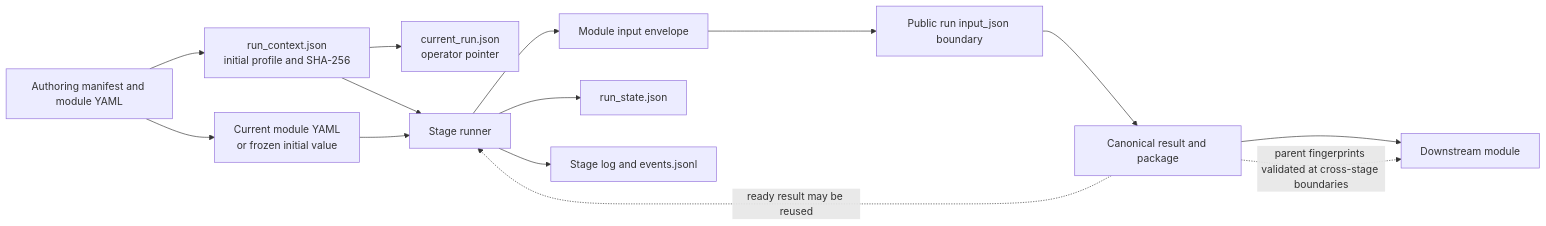
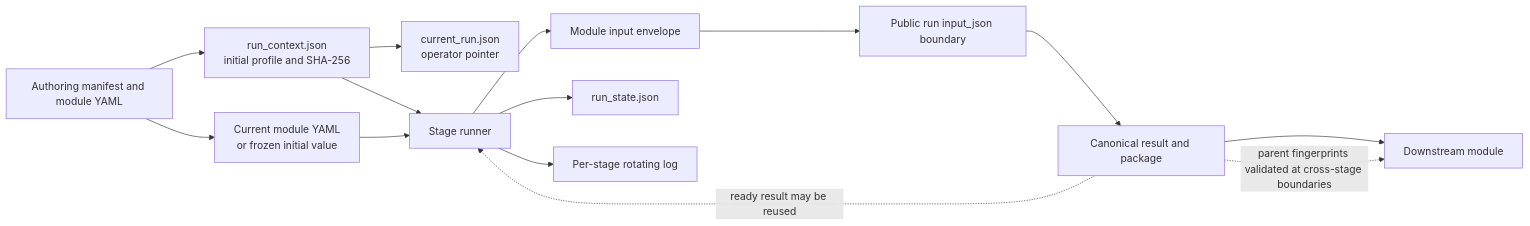
The seventh of 7 diagrams in docs/current_system_architecture.md (Eswar021/ai-news-pipeline), drawn with Mermaid before and after one commit. The commit also changed other lines of this file and 173 other files, not shown here.

````diff
--- a/docs/current_system_architecture.md
+++ b/docs/current_system_architecture.md
@@ -424,24 +441,24 @@
 ```mermaid
 flowchart LR
     yaml[Authoring manifest and module YAML]
     context[run_context.json<br/>initial profile and SHA-256]
     moduleConfig[Current module YAML<br/>or frozen initial value]
     current[current_run.json<br/>operator pointer]
     stage[Stage runner]
     input[Module input envelope]
     app[Public run input_json boundary]
     result[Canonical result and package]
     state[run_state.json]
-    logs[Stage log and events.jsonl]
+    logs[Per-stage rotating log]
     next[Downstream module]
 
     yaml --> context
     yaml --> moduleConfig
     context --> current
     context --> stage
     moduleConfig --> stage --> input --> app --> result --> next
     stage --> state
     stage --> logs
     result -. ready result may be reused .-> stage
     result -. parent fingerprints validated at cross-stage boundaries .-> next
 ```
````
